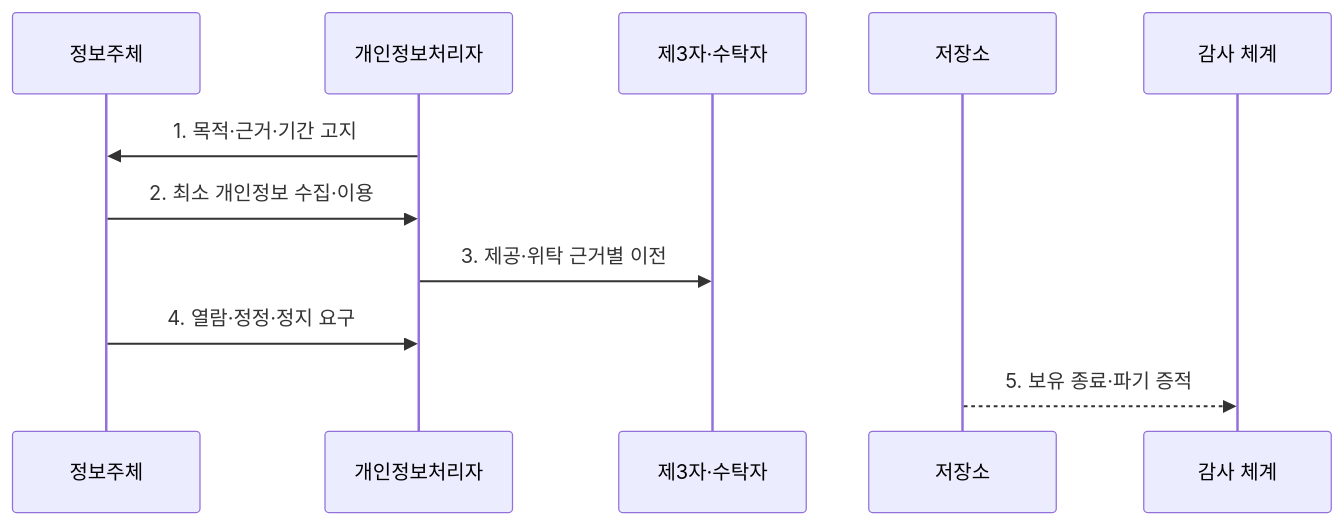
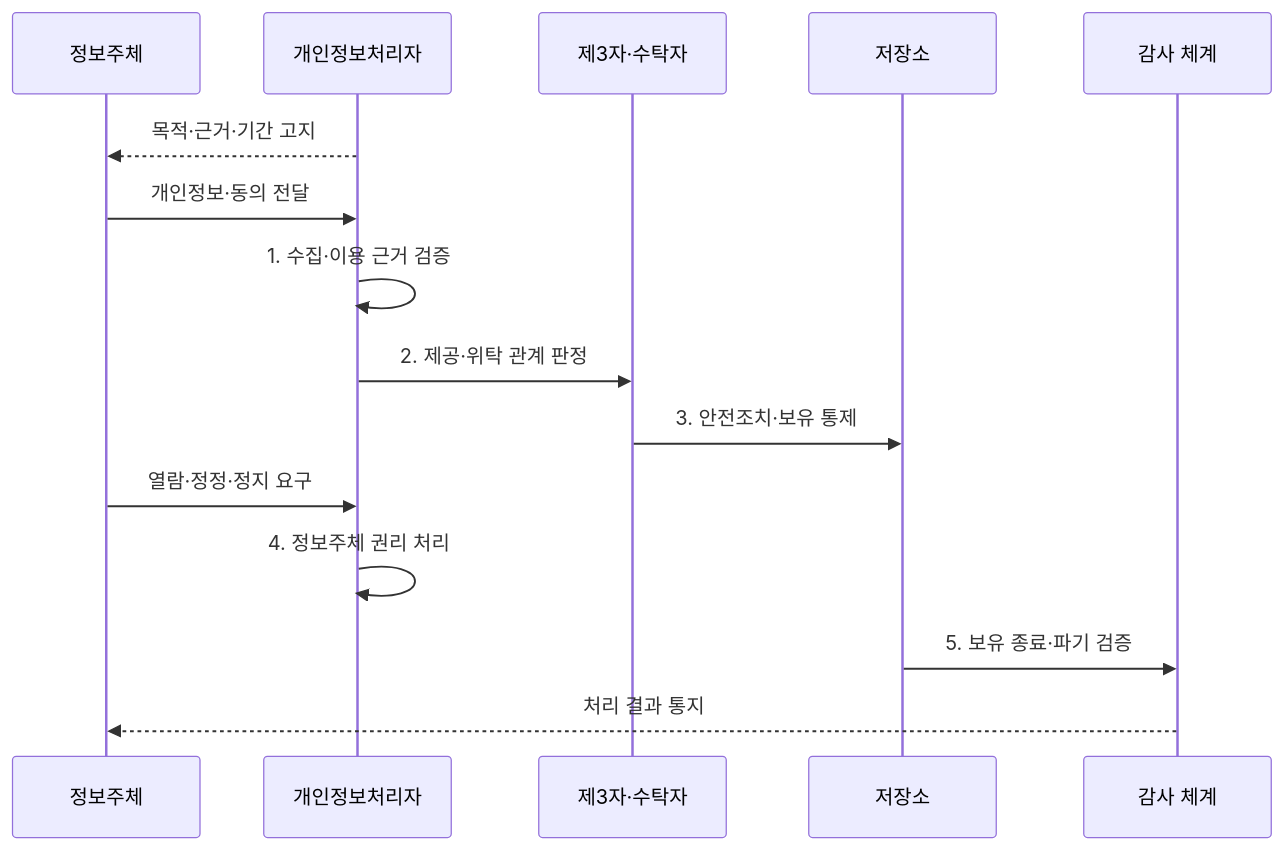
One commit to agnusdei1207/knowledge-base changed the second of 2 diagrams in src/content/docs/notes/05-security/094_personal_data_protection_act.md. Above: the diagram before and after it, drawn with Mermaid. The commit also changed other lines of this file and 20 other files, not shown here.

````diff
--- a/src/content/docs/notes/05-security/094_personal_data_protection_act.md
+++ b/src/content/docs/notes/05-security/094_personal_data_protection_act.md
@@ -85,13 +85,17 @@
 ```mermaid
 sequenceDiagram
     participant S as 정보주체
     participant C as 개인정보처리자
     participant T as 제3자·수탁자
     participant D as 저장소
     participant A as 감사 체계
-    C->>S: 1. 목적·근거·기간 고지
-    S->>C: 2. 최소 개인정보 수집·이용
-    C->>T: 3. 제공·위탁 근거별 이전
-    S->>C: 4. 열람·정정·정지 요구
-    D-->>A: 5. 보유 종료·파기 증적
+    C-->>S: 목적·근거·기간 고지
+    S->>C: 개인정보·동의 전달
+    C->>C: 1. 수집·이용 근거 검증
+    C->>T: 2. 제공·위탁 관계 판정
+    T->>D: 3. 안전조치·보유 통제
+    S->>C: 열람·정정·정지 요구
+    C->>C: 4. 정보주체 권리 처리
+    D->>A: 5. 보유 종료·파기 검증
+    A-->>S: 처리 결과 통지
 ```
````
